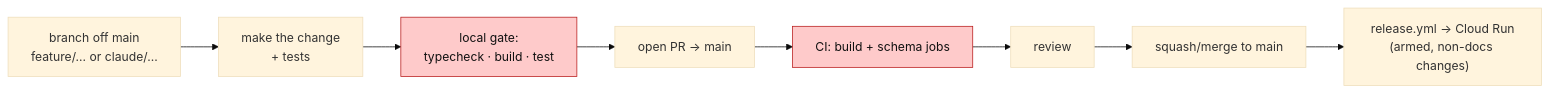
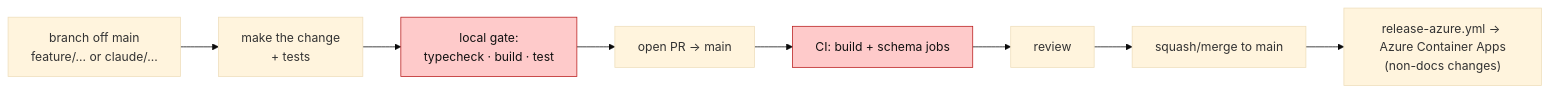
One commit to unnfazzed/Lynia changed the second of 2 diagrams in CONTRIBUTING.md. Above: the diagram before and after it, drawn with Mermaid (base theme). The commit also changed other lines of this file and 64 other files, not shown here.

````diff
--- a/CONTRIBUTING.md
+++ b/CONTRIBUTING.md
@@ -139,16 +139,16 @@
 ```mermaid
 graph LR
     branch["branch off main<br/>feature/… or claude/…"]
     change["make the change<br/>+ tests"]
     verify["local gate:<br/>typecheck · build · test"]
     pr["open PR → main"]
     ci["CI: build + schema jobs"]
     review["review"]
     merge["squash/merge to main"]
-    deploy["release.yml → Cloud Run<br/>(armed, non-docs changes)"]
+    deploy["release-azure.yml → Azure Container Apps<br/>(non-docs changes)"]
 
     branch --> change --> verify --> pr --> ci --> review --> merge --> deploy
 
     classDef gate fill:#fecaca,stroke:#b91c1c,color:#111;
     class ci,verify gate;
 ```
````
